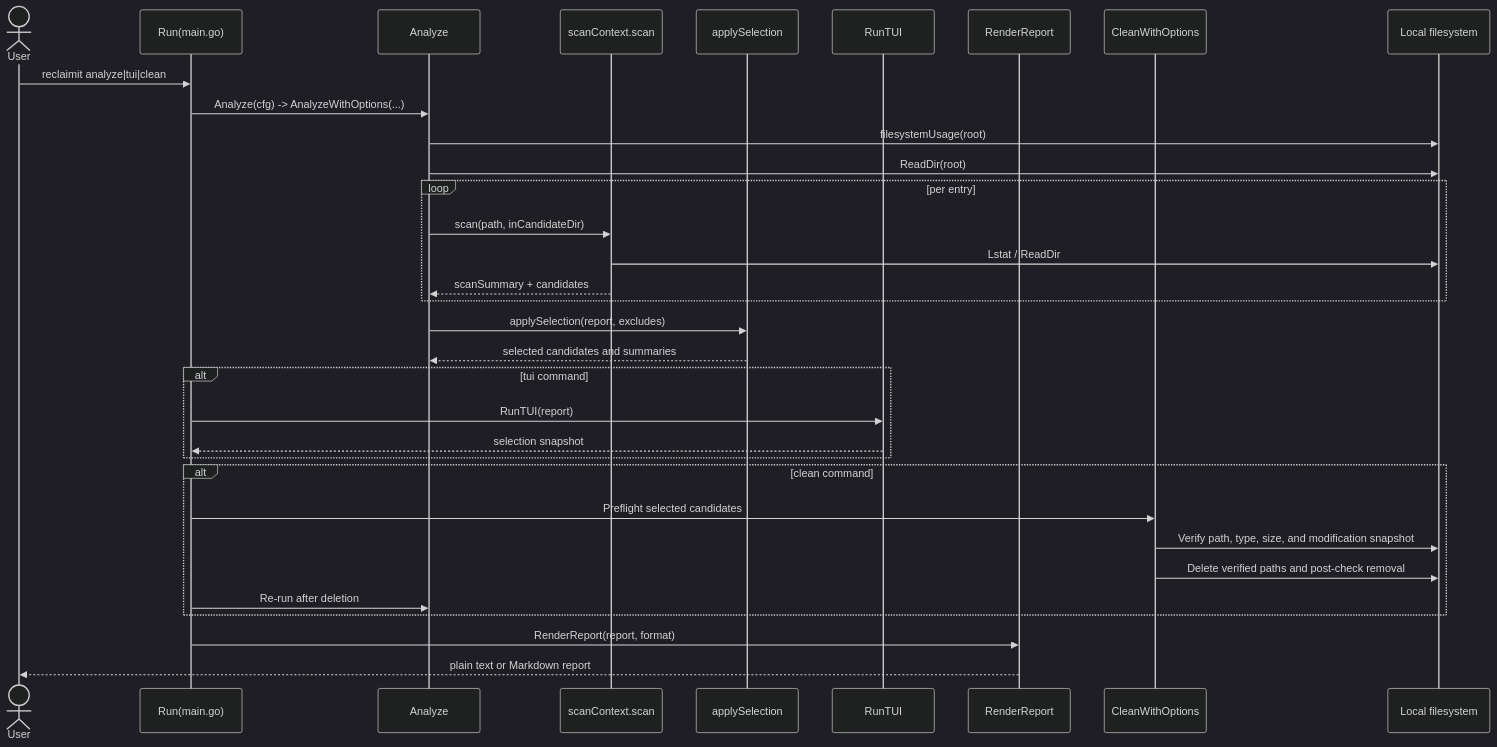
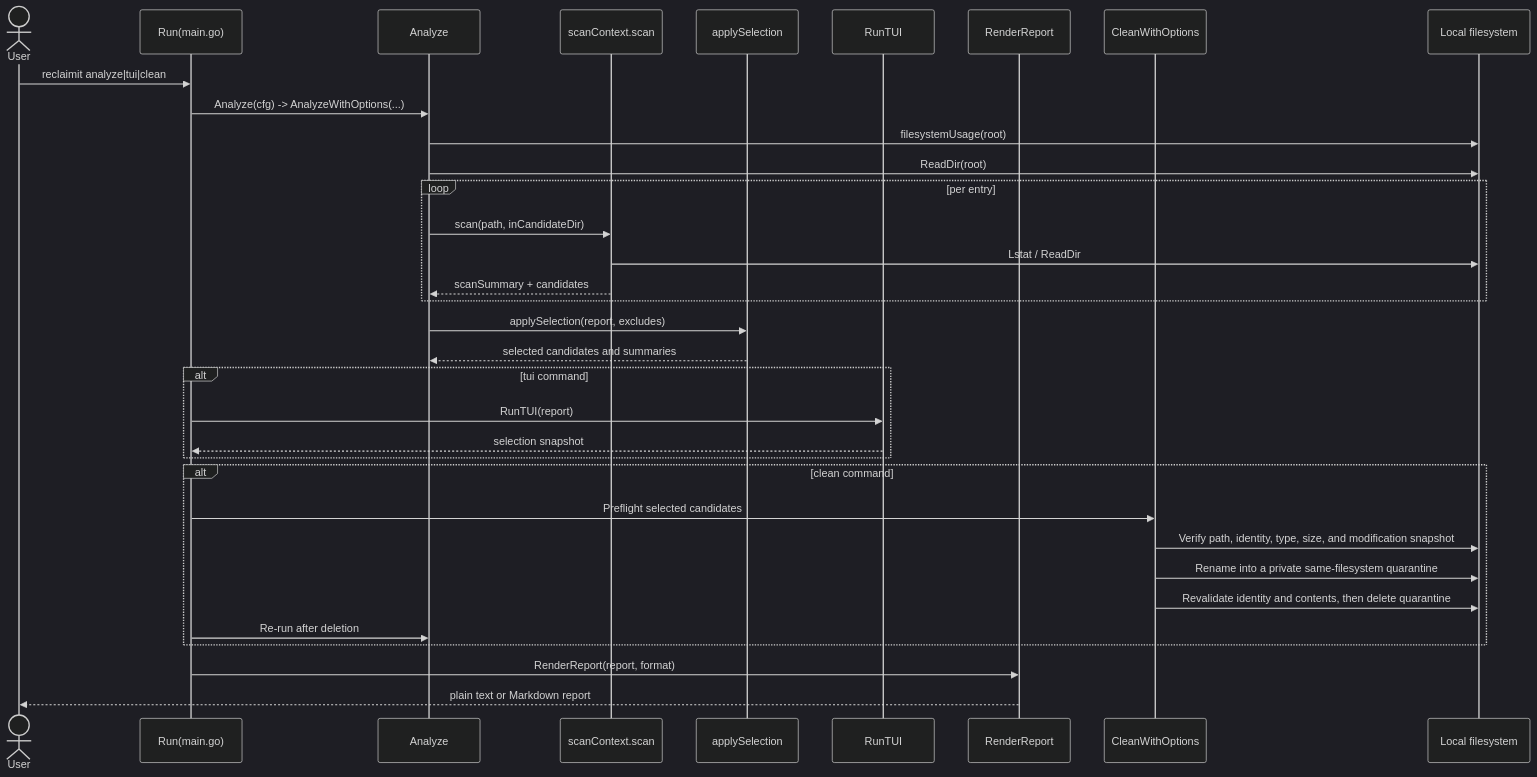
One commit to svg153/reclaimit changed the fifth of 6 diagrams in docs/architecture.md. Above: the diagram before and after it, drawn with Mermaid (dark theme). The commit also changed other lines of this file and 10 other files, not shown here.

Commit message:
fix(clean): quarantine verified candidates before deletion

````diff
--- a/docs/architecture.md
+++ b/docs/architecture.md
@@ -131,36 +131,37 @@
 ```mermaid
 sequenceDiagram
     actor User
     participant CLI as Run(main.go)
     participant Analyze as Analyze
     participant Scan as scanContext.scan
     participant Select as applySelection
     participant TUI as RunTUI
     participant Render as RenderReport
     participant Clean as CleanWithOptions
     participant FS as Local filesystem
 
     User->>CLI: reclaimit analyze|tui|clean
     CLI->>Analyze: Analyze(cfg) -> AnalyzeWithOptions(...)
     Analyze->>FS: filesystemUsage(root)
     Analyze->>FS: ReadDir(root)
     loop per entry
         Analyze->>Scan: scan(path, inCandidateDir)
         Scan->>FS: Lstat / ReadDir
         Scan-->>Analyze: scanSummary + candidates
     end
     Analyze->>Select: applySelection(report, excludes)
     Select-->>Analyze: selected candidates and summaries
     alt tui command
         CLI->>TUI: RunTUI(report)
         TUI-->>CLI: selection snapshot
     end
     alt clean command
         CLI->>Clean: Preflight selected candidates
-        Clean->>FS: Verify path, type, size, and modification snapshot
-        Clean->>FS: Delete verified paths and post-check removal
+        Clean->>FS: Verify path, identity, type, size, and modification snapshot
+        Clean->>FS: Rename into a private same-filesystem quarantine
+        Clean->>FS: Revalidate identity and contents, then delete quarantine
         CLI->>Analyze: Re-run after deletion
     end
     CLI->>Render: RenderReport(report, format)
     Render-->>User: plain text or Markdown report
 ```
````
